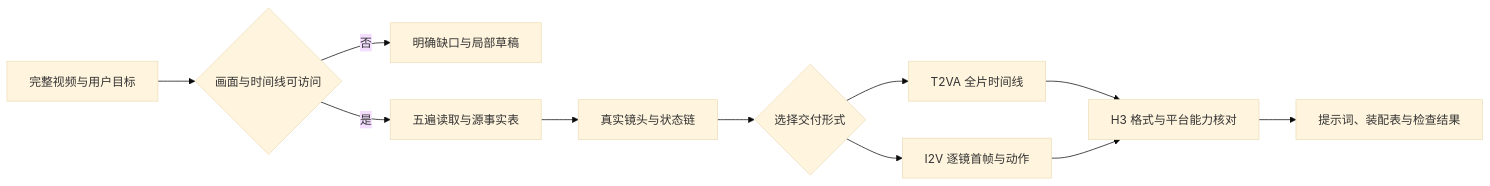
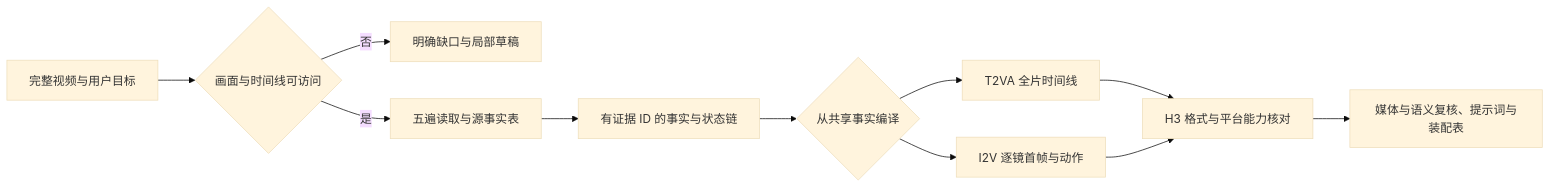
The diagram in README.md (gnipbao/minimax-h3-video-reverse-skill), drawn with Mermaid (base theme) before and after one commit. The commit also changed other lines of this file and 15 other files, not shown here.

````diff
--- a/README.md
+++ b/README.md
@@ -38,13 +53,13 @@
 ```mermaid
 flowchart LR
   A[完整视频与用户目标] --> B{画面与时间线可访问}
   B -->|否| C[明确缺口与局部草稿]
   B -->|是| D[五遍读取与源事实表]
-  D --> E[真实镜头与状态链]
-  E --> F{选择交付形式}
+  D --> E[有证据 ID 的事实与状态链]
+  E --> F{从共享事实编译}
   F --> G[T2VA 全片时间线]
   F --> H[I2V 逐镜首帧与动作]
   G --> I[H3 格式与平台能力核对]
   H --> I
-  I --> J[提示词、装配表与检查结果]
+  I --> J[媒体与语义复核、提示词与装配表]
 ```
````
